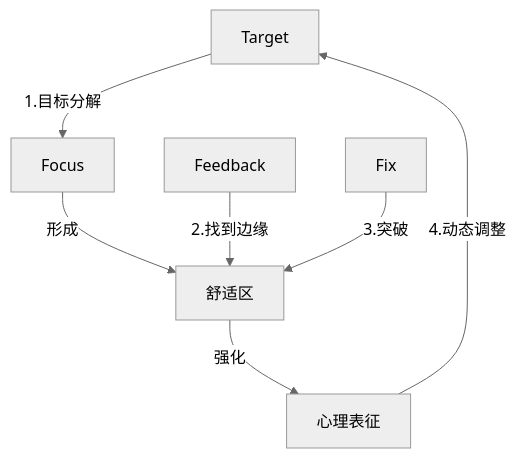
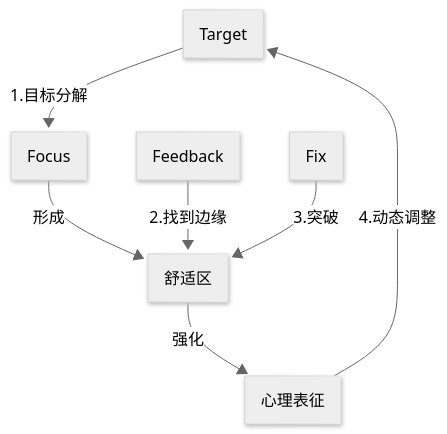
The diagram in docs/card-刻意练习模型.md (El25Aleph/_Aleph), drawn with Mermaid before and after one commit. The commit also changed other lines of this file, not shown here.

````diff
--- a/docs/card-刻意练习模型.md
+++ b/docs/card-刻意练习模型.md
@@ -7,16 +7,15 @@
 ```mermaid
+---
+config:
+  theme: neutral
+  look: neo
+  layout: fixed
+---
 flowchart TB
-%%{init: {'theme':'neutral'}}%%
-A[Target] 
-B[Focus]
-C[舒适区]
-E[Feedback]
-F[Fix]
-G[心理表征]
-
-A-->|1.目标分解| B -->|形成| C -->|强化| G
-%%E <--> F
-E --> |2.找到边缘|C
-F --> |3.突破|C
-G --> |4.动态调整|A
+    A["Target"] -- "1.目标分解" --> B["Focus"]
+    B -- 形成 --> C["舒适区"]
+    C -- 强化 --> G["心理表征"]
+    E["Feedback"] -- "2.找到边缘" --> C
+    F["Fix"] -- "3.突破" --> C
+    G -- "4.动态调整" --> A
 ```
````
